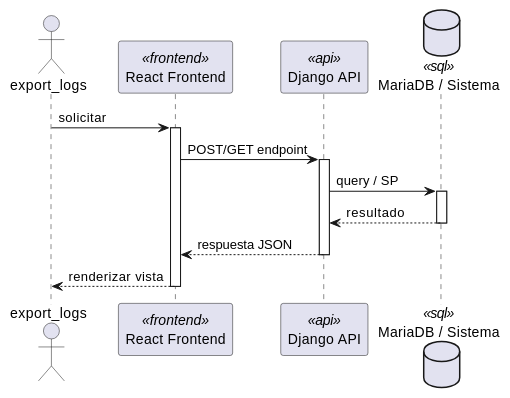
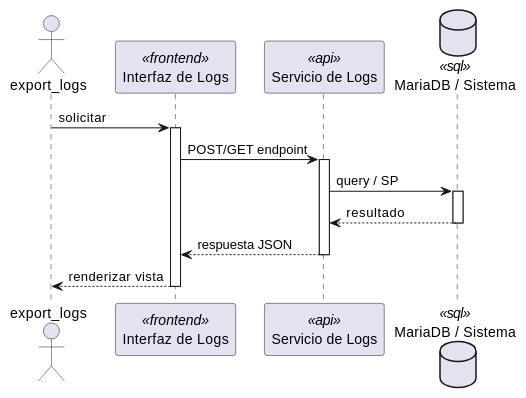
The first of 2 diagrams in source/arquitectura-tecnica/DesignView/log-04.rst (jcg-admin/IACT-docs), drawn with PlantUML before and after one commit. The commit also changed other lines of this file and 243 other files, not shown here.

First line of the commit message:
Add missing diagrams and fix participant names across Kruchten views

```diff
--- a/source/arquitectura-tecnica/DesignView/log-04.rst
+++ b/source/arquitectura-tecnica/DesignView/log-04.rst
@@ -22,28 +22,28 @@
 .. uml::
  :caption: UC_LOG_04 — Design View (secuencia)
 
  @startuml
 
  actor "export_logs" as export_logs
- participant "React Frontend" as Frontend <<frontend>>
- participant "Django API" as APIServer <<api>>
- database "MariaDB / Sistema" as BaseDatos <<sql>>
+ participant "Interfaz de Logs" as Iface <<frontend>>
+ participant "Servicio de Logs" as SvcNode <<api>>
+ database "MariaDB / Sistema" as Store <<sql>>
 
- export_logs -> Frontend : solicitar
- activate Frontend
+ export_logs -> Iface : solicitar
+ activate Iface
 
- Frontend -> APIServer : POST/GET endpoint
- activate APIServer
+ Iface -> SvcNode : POST/GET endpoint
+ activate SvcNode
 
- APIServer -> BaseDatos : query / SP
- activate BaseDatos
- BaseDatos --> APIServer : resultado
- deactivate BaseDatos
+ SvcNode -> Store : query / SP
+ activate Store
+ Store --> SvcNode : resultado
+ deactivate Store
 
- APIServer --> Frontend : respuesta JSON
- deactivate APIServer
+ SvcNode --> Iface : respuesta JSON
+ deactivate SvcNode
 
- Frontend --> export_logs : renderizar vista
- deactivate Frontend
+ Iface --> export_logs : renderizar vista
+ deactivate Iface
 
  @enduml
```
